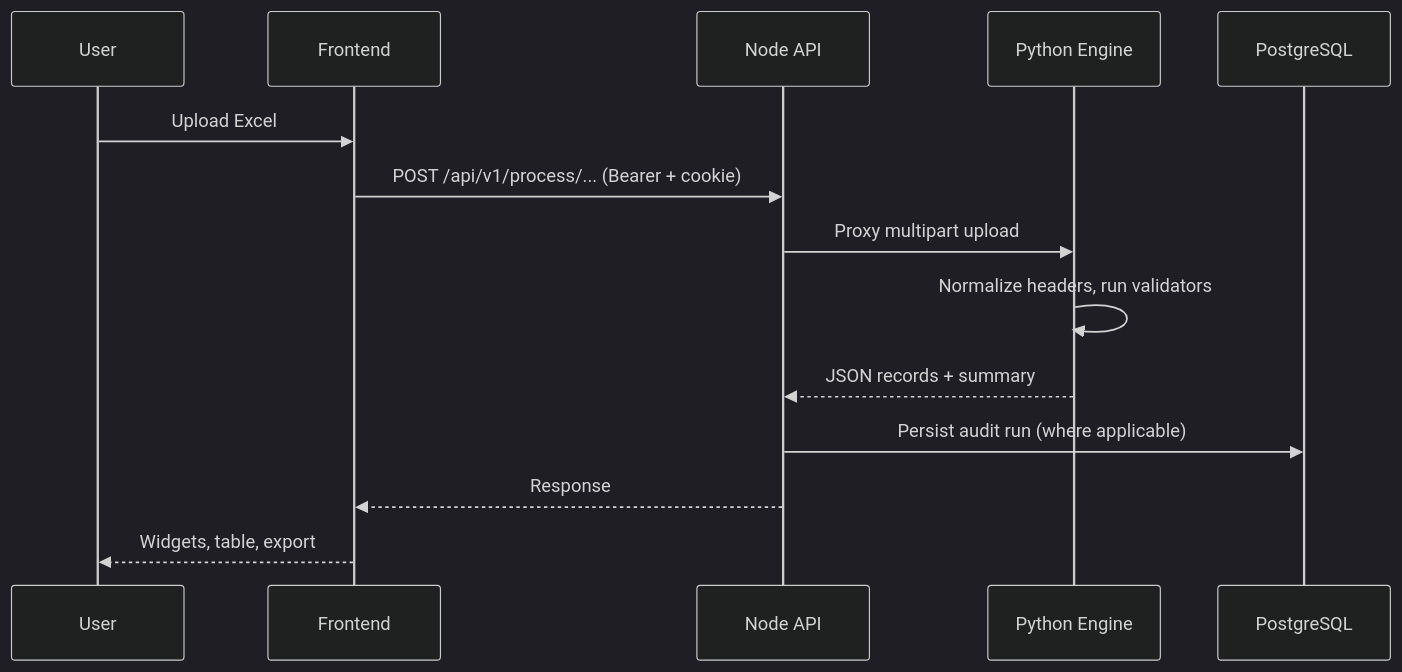
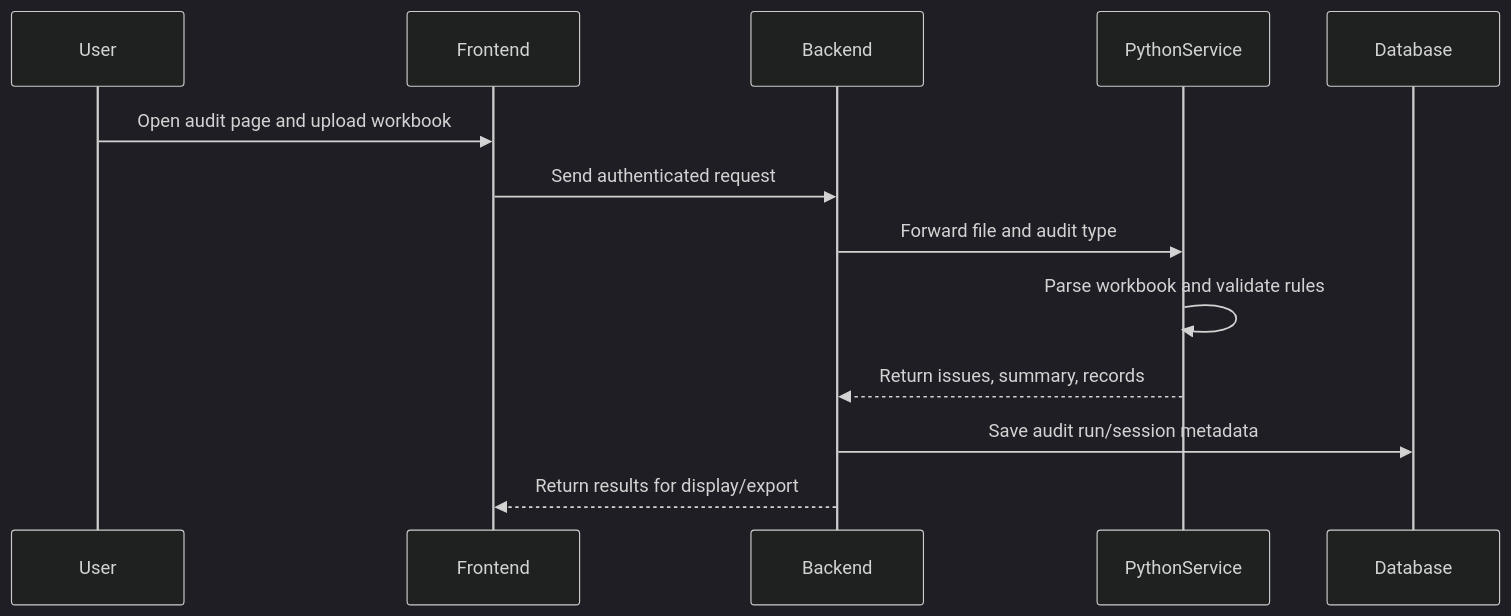
One commit to manikantamyadarapu/audit_platform changed the second of 5 diagrams in README.md. Above: the diagram before and after it, drawn with Mermaid (dark theme). The commit also changed other lines of this file and 23 other files, not shown here.

````diff
--- a/README.md
+++ b/README.md
@@ -294,17 +79,16 @@
 ```mermaid
 sequenceDiagram
-  participant U as User
-  participant FE as Frontend
-  participant API as Node API
-  participant PY as Python Engine
-  participant DB as PostgreSQL
+  participant User
+  participant Frontend
+  participant Backend
+  participant PythonService
+  participant Database
 
-  U->>FE: Upload Excel
-  FE->>API: POST /api/v1/process/... (Bearer + cookie)
-  API->>PY: Proxy multipart upload
-  PY->>PY: Normalize headers, run validators
-  PY-->>API: JSON records + summary
-  API->>DB: Persist audit run (where applicable)
-  API-->>FE: Response
-  FE-->>U: Widgets, table, export
+  User->>Frontend: Open audit page and upload workbook
+  Frontend->>Backend: Send authenticated request
+  Backend->>PythonService: Forward file and audit type
+  PythonService->>PythonService: Parse workbook and validate rules
+  PythonService-->>Backend: Return issues, summary, records
+  Backend->>Database: Save audit run/session metadata
+  Backend-->>Frontend: Return results for display/export
 ```
````
